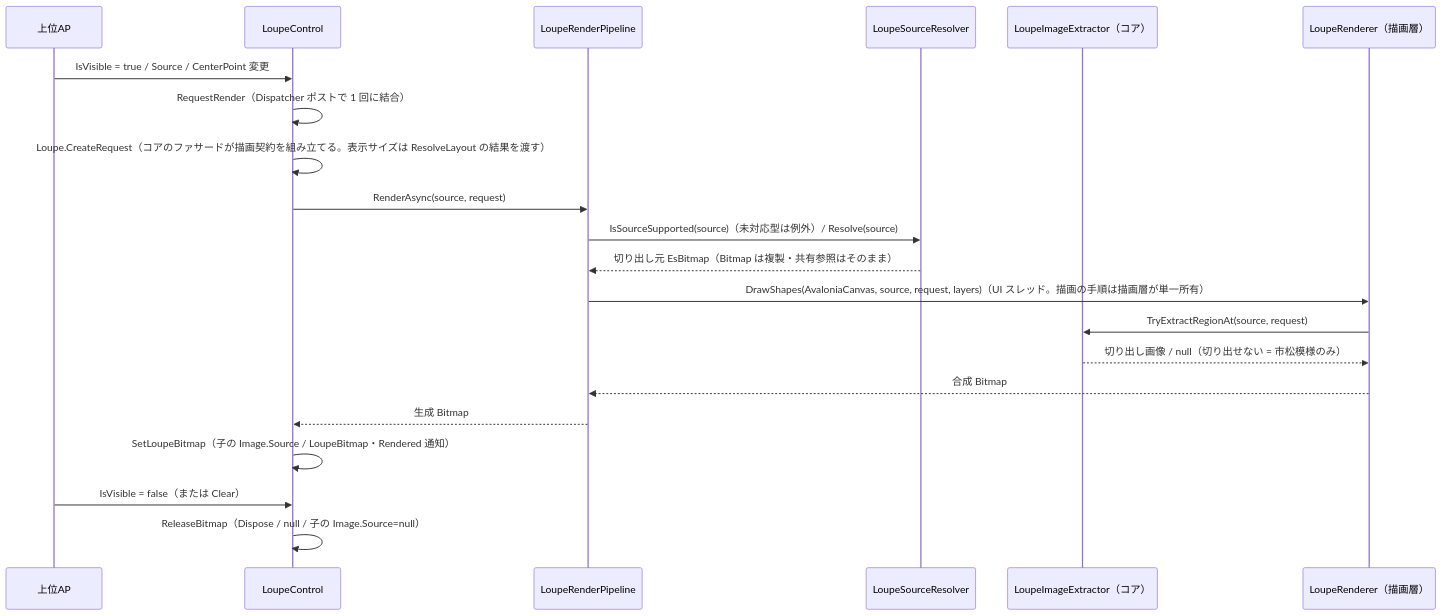
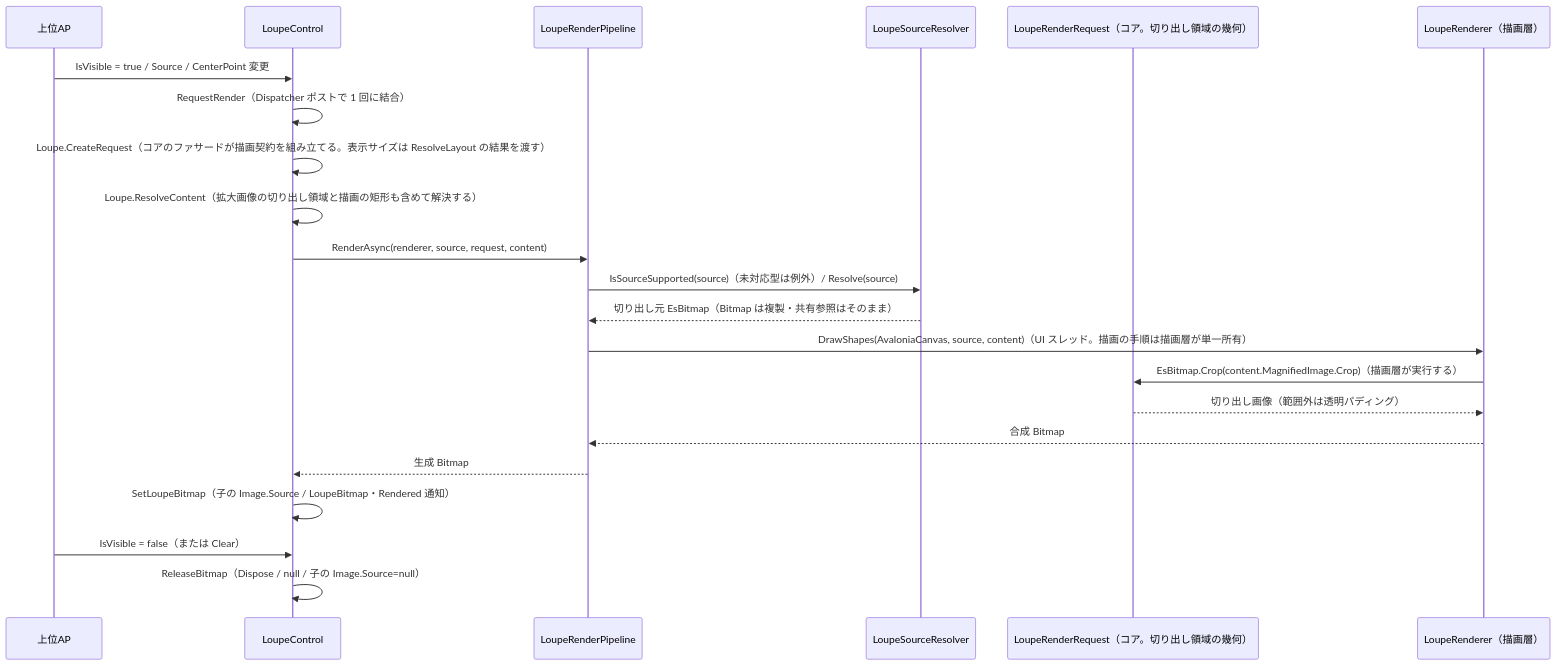
The second of 2 diagrams in src/LoupeControl.AvaloniaUI/SPEC_System.md (tomokuni/SaveEvidence), drawn with Mermaid before and after one commit. The commit also changed other lines of this file and 67 other files, not shown here.

````diff
--- a/src/LoupeControl.AvaloniaUI/SPEC_System.md
+++ b/src/LoupeControl.AvaloniaUI/SPEC_System.md
@@ -238,25 +239,26 @@
 ```mermaid
 sequenceDiagram
     participant AP as 上位AP
     participant Ctl as LoupeControl
     participant Pl as LoupeRenderPipeline
     participant Sr as LoupeSourceResolver
-    participant Ext as LoupeImageExtractor（コア）
+    participant Ext as LoupeRenderRequest（コア。切り出し領域の幾何）
     participant Rdr as LoupeRenderer（描画層）
 
     AP->>Ctl: IsVisible = true / Source / CenterPoint 変更
     Ctl->>Ctl: RequestRender（Dispatcher ポストで 1 回に結合）
     Ctl->>Ctl: Loupe.CreateRequest（コアのファサードが描画契約を組み立てる。表示サイズは ResolveLayout の結果を渡す）
-    Ctl->>Pl: RenderAsync(source, request)
+    Ctl->>Ctl: Loupe.ResolveContent（拡大画像の切り出し領域と描画の矩形も含めて解決する）
+    Ctl->>Pl: RenderAsync(renderer, source, request, content)
     Pl->>Sr: IsSourceSupported(source)（未対応型は例外）/ Resolve(source)
     Sr-->>Pl: 切り出し元 EsBitmap（Bitmap は複製・共有参照はそのまま）
-    Pl->>Rdr: DrawShapes(AvaloniaCanvas, source, request, layers)（UI スレッド。描画の手順は描画層が単一所有）
-    Rdr->>Ext: TryExtractRegionAt(source, request)
-    Ext-->>Rdr: 切り出し画像 / null（切り出せない = 市松模様のみ）
+    Pl->>Rdr: DrawShapes(AvaloniaCanvas, source, content)（UI スレッド。描画の手順は描画層が単一所有）
+    Rdr->>Ext: EsBitmap.Crop(content.MagnifiedImage.Crop)（描画層が実行する）
+    Ext-->>Rdr: 切り出し画像（範囲外は透明パディング）
     Rdr-->>Pl: 合成 Bitmap
     Pl-->>Ctl: 生成 Bitmap
     Ctl->>Ctl: SetLoupeBitmap（子の Image.Source / LoupeBitmap・Rendered 通知）
 
     AP->>Ctl: IsVisible = false（または Clear）
     Ctl->>Ctl: ReleaseBitmap（Dispose / null / 子の Image.Source=null）
 ```
````
